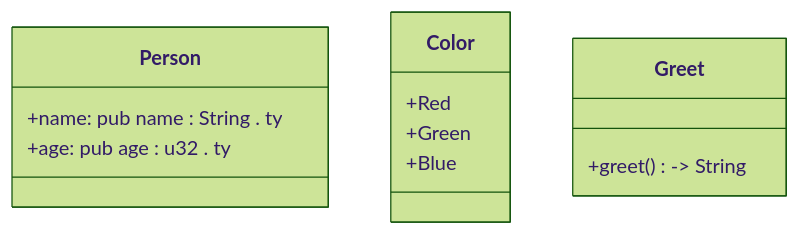
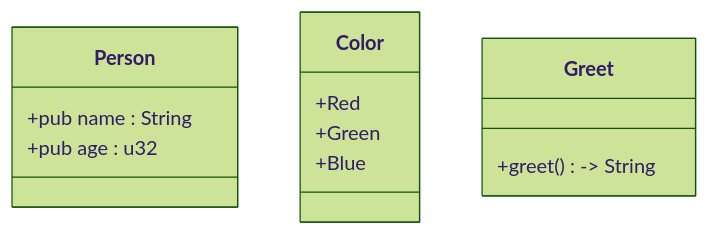
One commit to gusjengis/mermaid-class-diagrams changed the diagram in diagram.mmd. Above: the diagram before and after it, drawn with Mermaid (forest theme). The commit also changed 1 other file, not shown here.

```diff
--- a/diagram.mmd
+++ b/diagram.mmd
@@ -1,16 +1,16 @@
 classDiagram
 
 class Person {
-  +name: pub name : String . ty
-  +age: pub age : u32 . ty
+  +pub name : String 
+  +pub age : u32 
 }
 
 class Color {
   +Red
   +Green
   +Blue
 }
 
 class Greet {
   +greet() -> String
 }
```
